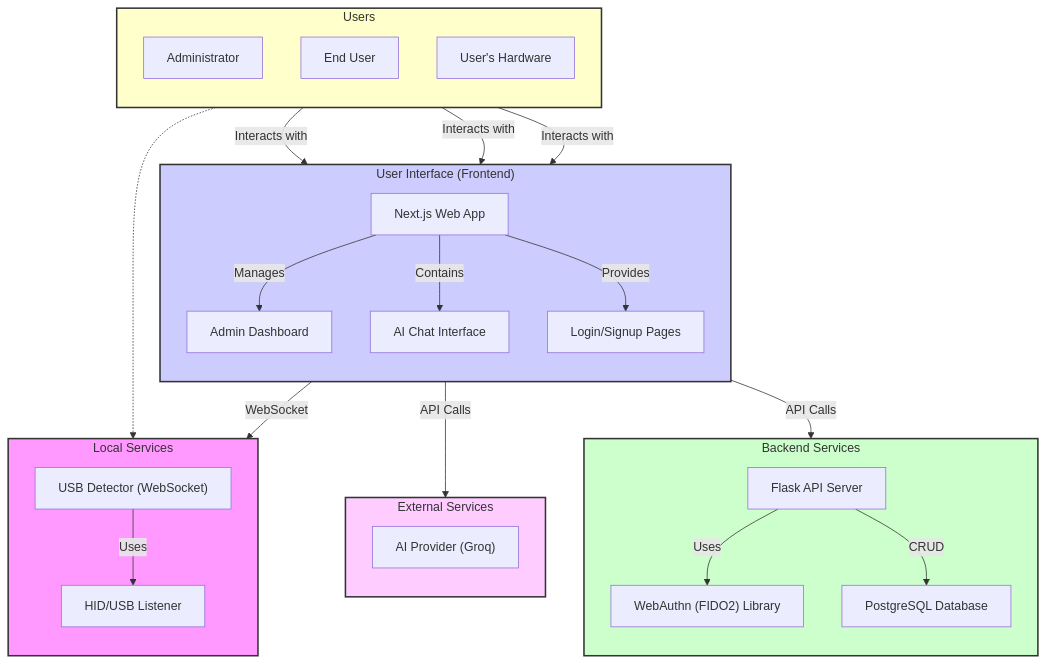
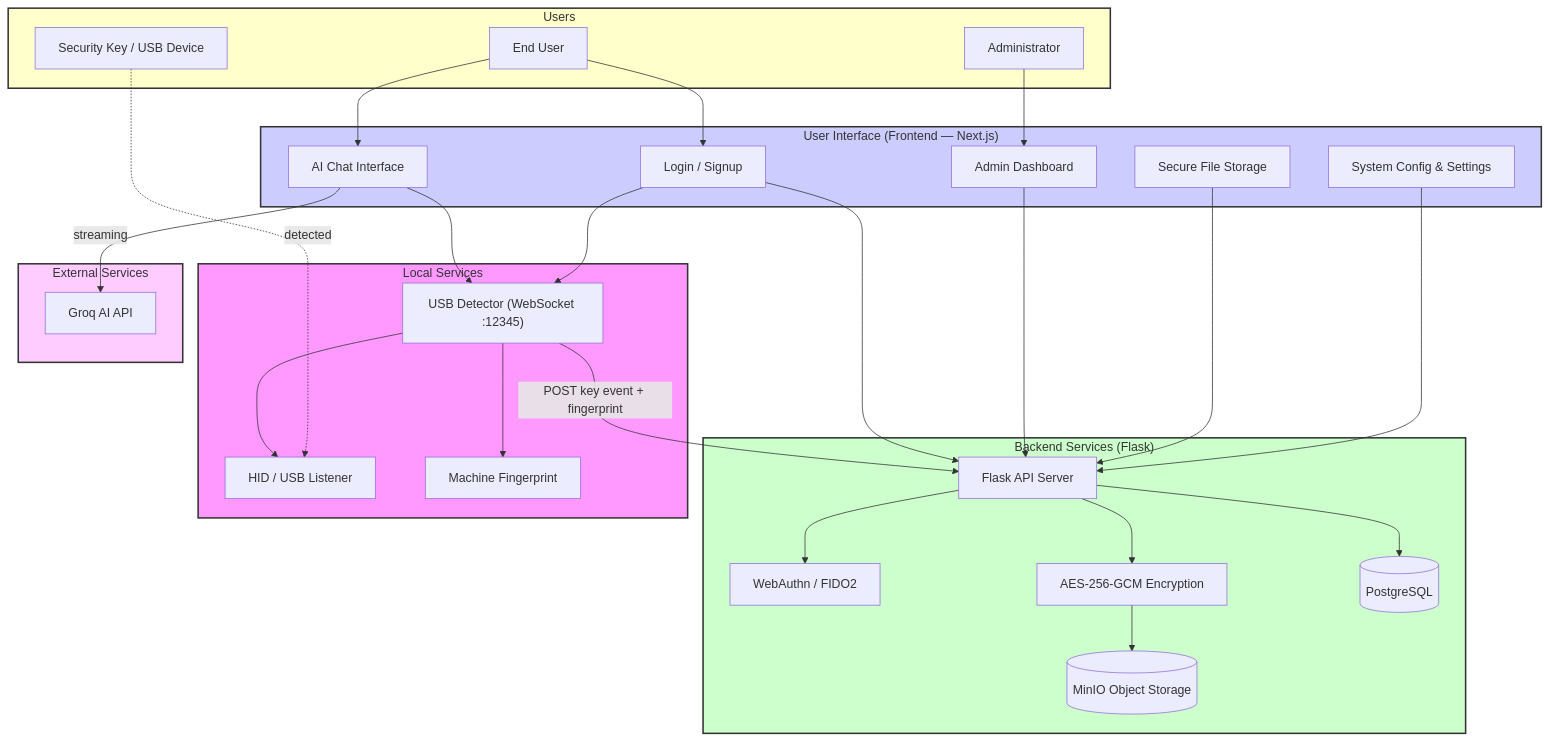
Before and after one commit to Njihia413/argus-ai-secure-poc: the first of 2 diagrams in README.md, drawn with Mermaid. The commit also changed other lines of this file, not shown here.

Commit message:
docs: update README with comprehensive system architecture, feature breakdown, and technology stack specifications

````diff
--- a/README.md
+++ b/README.md
@@ -171,56 +236,60 @@
 ```mermaid
 graph TD
-    subgraph UI ["User Interface (Frontend)"]
-        direction TB
-        UI_WebApp[Next.js Web App]
+    subgraph UI ["User Interface (Frontend — Next.js)"]
+        UI_Auth[Login / Signup]
         UI_Dashboard[Admin Dashboard]
         UI_Chat[AI Chat Interface]
-        UI_Auth[Login/Signup Pages]
-        UI_WebApp -- Manages --> UI_Dashboard
-        UI_WebApp -- Contains --> UI_Chat
-        UI_WebApp -- Provides --> UI_Auth
+        UI_Files[Secure File Storage]
+        UI_Config[System Config & Settings]
     end
 
-    subgraph BE ["Backend Services"]
-        direction TB
+    subgraph BE ["Backend Services (Flask)"]
         BE_Flask[Flask API Server]
-        BE_Database[PostgreSQL Database]
-        BE_WebAuthn["WebAuthn (FIDO2) Library"]
-        BE_Flask -- Uses --> BE_WebAuthn
-        BE_Flask -- CRUD --> BE_Database
+        BE_WebAuthn[WebAuthn / FIDO2]
+        BE_Crypto[AES-256-GCM Encryption]
+        BE_DB[(PostgreSQL)]
+        BE_Minio[(MinIO Object Storage)]
+        BE_Flask --> BE_WebAuthn
+        BE_Flask --> BE_Crypto
+        BE_Flask --> BE_DB
+        BE_Crypto --> BE_Minio
     end
 
     subgraph LS ["Local Services"]
-        direction TB
-        LS_WSServer["USB Detector (WebSocket)"]
-        LS_HID[HID/USB Listener]
-        LS_WSServer -- Uses --> LS_HID
+        LS_WS["USB Detector (WebSocket :12345)"]
+        LS_HID[HID / USB Listener]
+        LS_FP[Machine Fingerprint]
+        LS_WS --> LS_HID
+        LS_WS --> LS_FP
     end
 
     subgraph ES ["External Services"]
-        direction TB
-        ES_AI["AI Provider (Groq)"]
+        ES_Groq[Groq AI API]
     end
 
     subgraph U ["Users"]
-        direction TB
         U_Admin[Administrator]
         U_User[End User]
-        U_Hardware[User's Hardware]
+        U_HW[Security Key / USB Device]
     end
 
-    U_Admin -- Interacts with --> UI_Dashboard
-    U_User -- Interacts with --> UI_Auth
-    U_User -- Interacts with --> UI_Chat
-    U_Hardware -.-> LS_HID
+    U_Admin --> UI_Dashboard
+    U_User --> UI_Auth
+    U_User --> UI_Chat
+    U_HW -.->|detected| LS_HID
 
-    UI_WebApp -- API Calls --> BE_Flask
-    UI_Chat -- API Calls --> ES_AI
-    UI_Chat -- WebSocket --> LS_WSServer
+    UI_Auth --> BE_Flask
+    UI_Dashboard --> BE_Flask
+    UI_Files --> BE_Flask
+    UI_Config --> BE_Flask
+    UI_Chat -->|streaming| ES_Groq
+    UI_Chat --> LS_WS
+    UI_Auth --> LS_WS
+    LS_WS -->|"POST key event + fingerprint"| BE_Flask
 
     style UI fill:#ccf,stroke:#333,stroke-width:2px
     style BE fill:#cfc,stroke:#333,stroke-width:2px
     style LS fill:#f9f,stroke:#333,stroke-width:2px
     style ES fill:#fcf,stroke:#333,stroke-width:2px
     style U fill:#ffc,stroke:#333,stroke-width:2px
 ```
````
